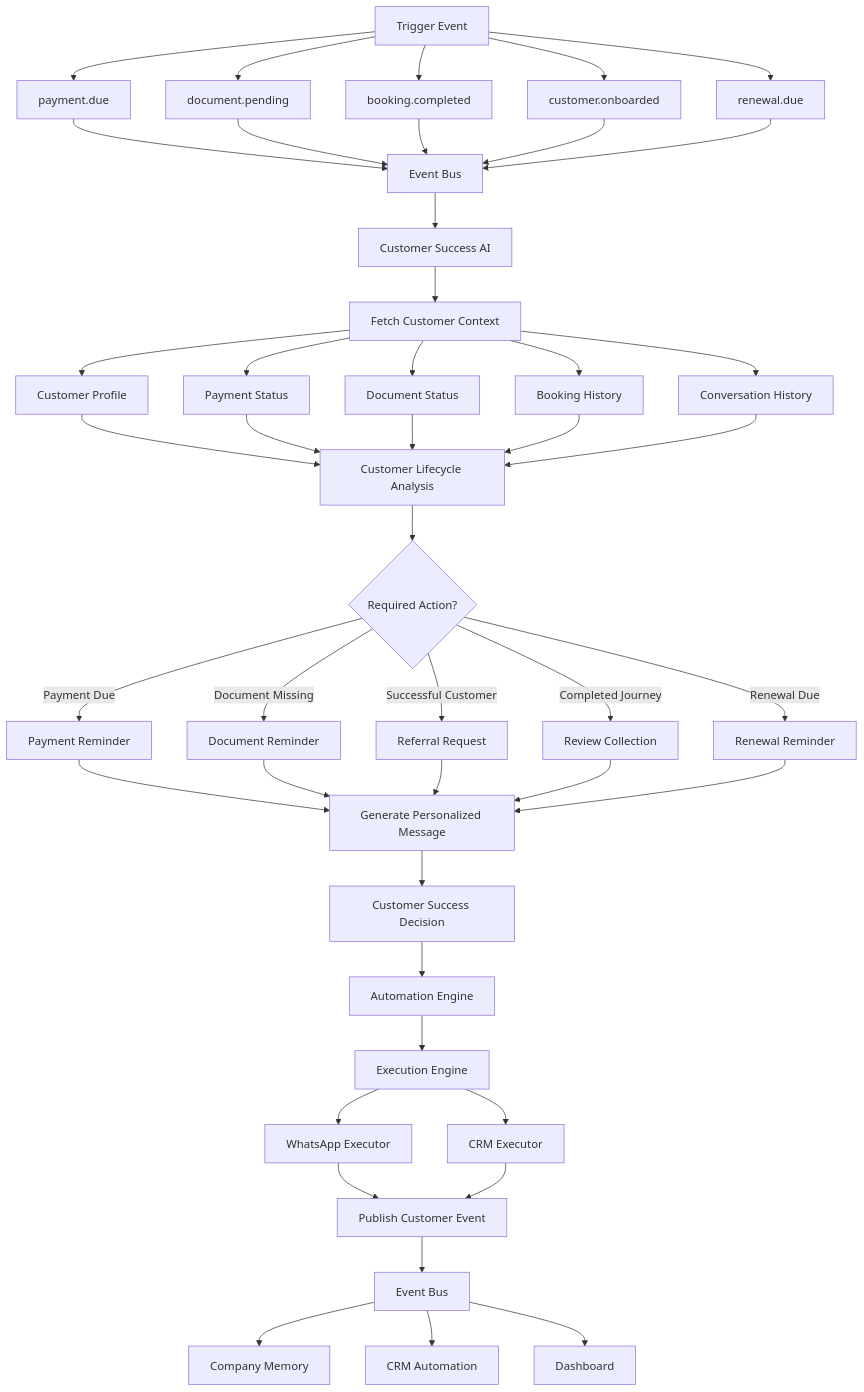
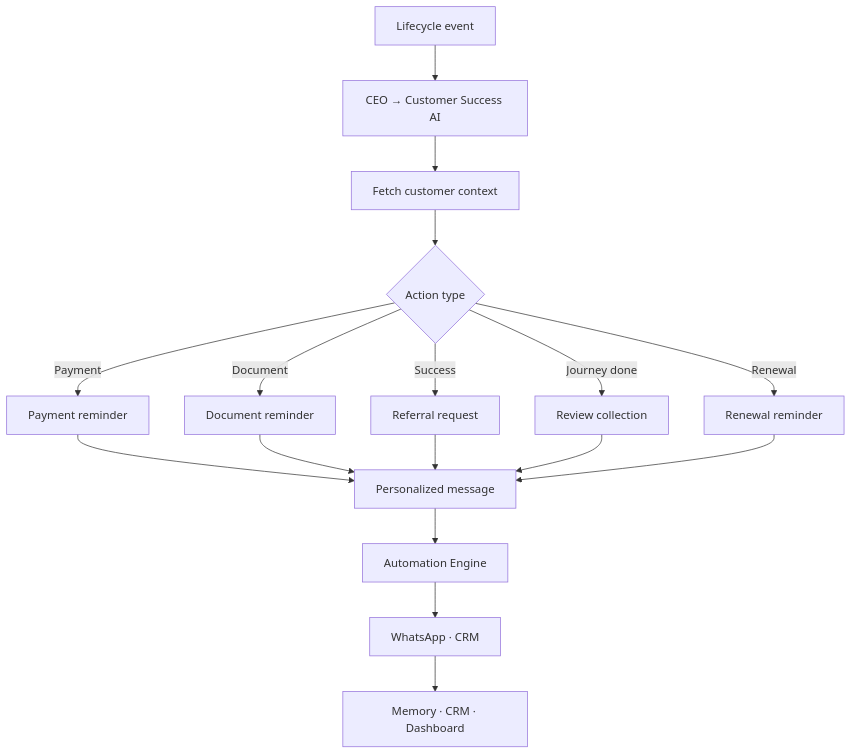
One commit to imperiondata/real-estate-ai-lead-agent changed the fourth of 8 diagrams in plans/IREIOS_3.0_AI_Automation_Workflows.md. Above: the diagram before and after it, drawn with Mermaid. The commit also changed other lines of this file and 2 other files, not shown here.

Commit message:
docs: updated architecture diagrams and implementation plans based on current scope and requirements

````diff
--- a/plans/IREIOS_3.0_AI_Automation_Workflows.md
+++ b/plans/IREIOS_3.0_AI_Automation_Workflows.md
@@ -297,44 +150,14 @@
-``` mermaid
+```mermaid
 flowchart TD
- T[Trigger Event] --> PD[payment.due]
- T --> DP[document.pending]
- T --> BC[booking.completed]
- T --> CO[customer.onboarded]
- T --> RD[renewal.due]
- PD --> EB[Event Bus]
- DP --> EB
- BC --> EB
- CO --> EB
- RD --> EB
- EB --> CS[Customer Success AI] --> FC[Fetch Customer Context]
- FC --> CP[Customer Profile]
- FC --> PS[Payment Status]
- FC --> DS[Document Status]
- FC --> BH[Booking History]
- FC --> CH[Conversation History]
- CP --> LA[Customer Lifecycle Analysis]
- PS --> LA
- DS --> LA
- BH --> LA
- CH --> LA
- LA --> RA{Required Action?}
- RA -->|Payment Due| PR[Payment Reminder]
- RA -->|Document Missing| DR[Document Reminder]
- RA -->|Successful Customer| RR[Referral Request]
- RA -->|Completed Journey| RC[Review Collection]
- RA -->|Renewal Due| REN[Renewal Reminder]
- PR --> MSG[Generate Personalized Message]
- DR --> MSG
- RR --> MSG
- RC --> MSG
- REN --> MSG
- MSG --> DEC[Customer Success Decision] --> AE[Automation Engine] --> EE[Execution Engine]
- EE --> WA[WhatsApp Executor]
- EE --> CRM[CRM Executor]
- WA --> EVT[Publish Customer Event]
- CRM --> EVT
- EVT --> BUS[Event Bus]
- BUS --> MEM[Company Memory]
- BUS --> CA[CRM Automation]
- BUS --> DASH[Dashboard]
+  T[Lifecycle event] --> CS[CEO → Customer Success AI]
+  CS --> FC[Fetch customer context]
+  FC --> LA{Action type}
+  LA -->|Payment| PR[Payment reminder]
+  LA -->|Document| DR[Document reminder]
+  LA -->|Success| RR[Referral request]
+  LA -->|Journey done| RC[Review collection]
+  LA -->|Renewal| REN[Renewal reminder]
+  PR & DR & RR & RC & REN --> MSG[Personalized message]
+  MSG --> AE[Automation Engine] --> EE[WhatsApp · CRM]
+  EE --> FAN[Memory · CRM · Dashboard]
 ```
````
